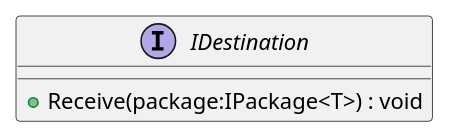
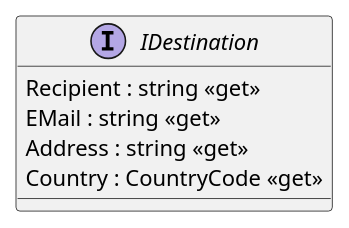
One commit to Twizzar/Twizzar changed the diagram in examples/PotionDeliveryService/PotionDeliveryService/plantuml/PotionDeliveryService/Interfaces/IDestination.puml. Above: the diagram before and after it, drawn with PlantUML. The commit also changed 27 other files, not shown here.

```diff
--- a/examples/PotionDeliveryService/PotionDeliveryService/plantuml/PotionDeliveryService/Interfaces/IDestination.puml
+++ b/examples/PotionDeliveryService/PotionDeliveryService/plantuml/PotionDeliveryService/Interfaces/IDestination.puml
@@ -1,5 +1,8 @@
 @startuml
 interface IDestination {
-    + Receive(package:IPackage<T>) : void
+    Recipient : string <<get>>
+    EMail : string <<get>>
+    Address : string <<get>>
+    Country : CountryCode <<get>>
 }
 @enduml
```
